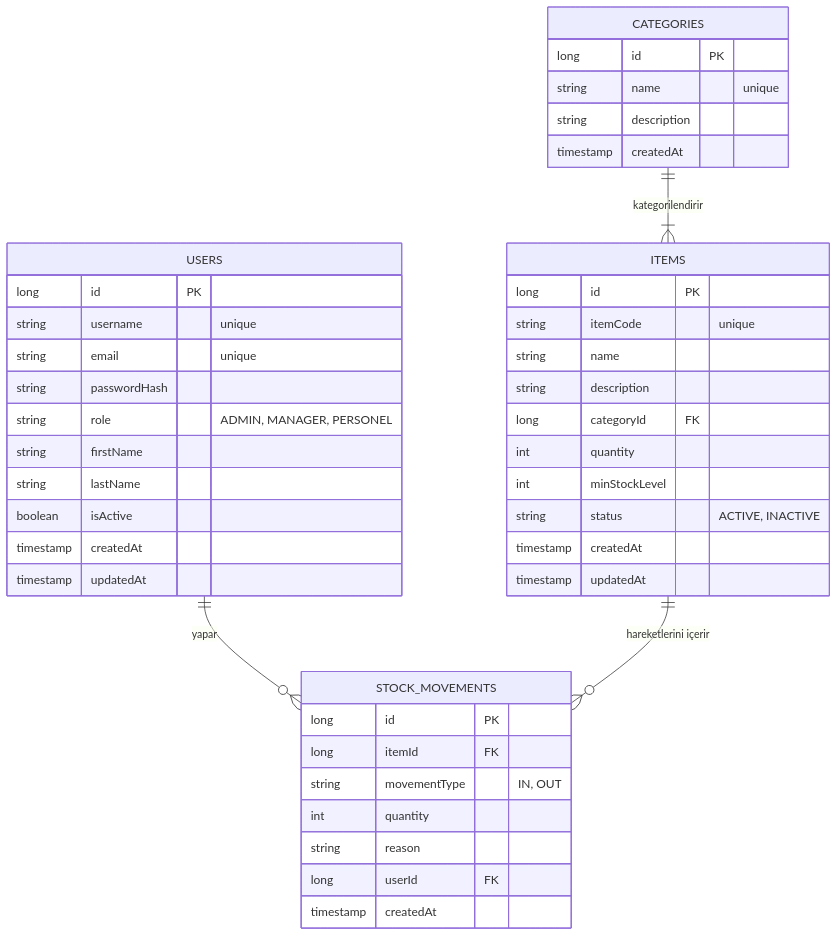
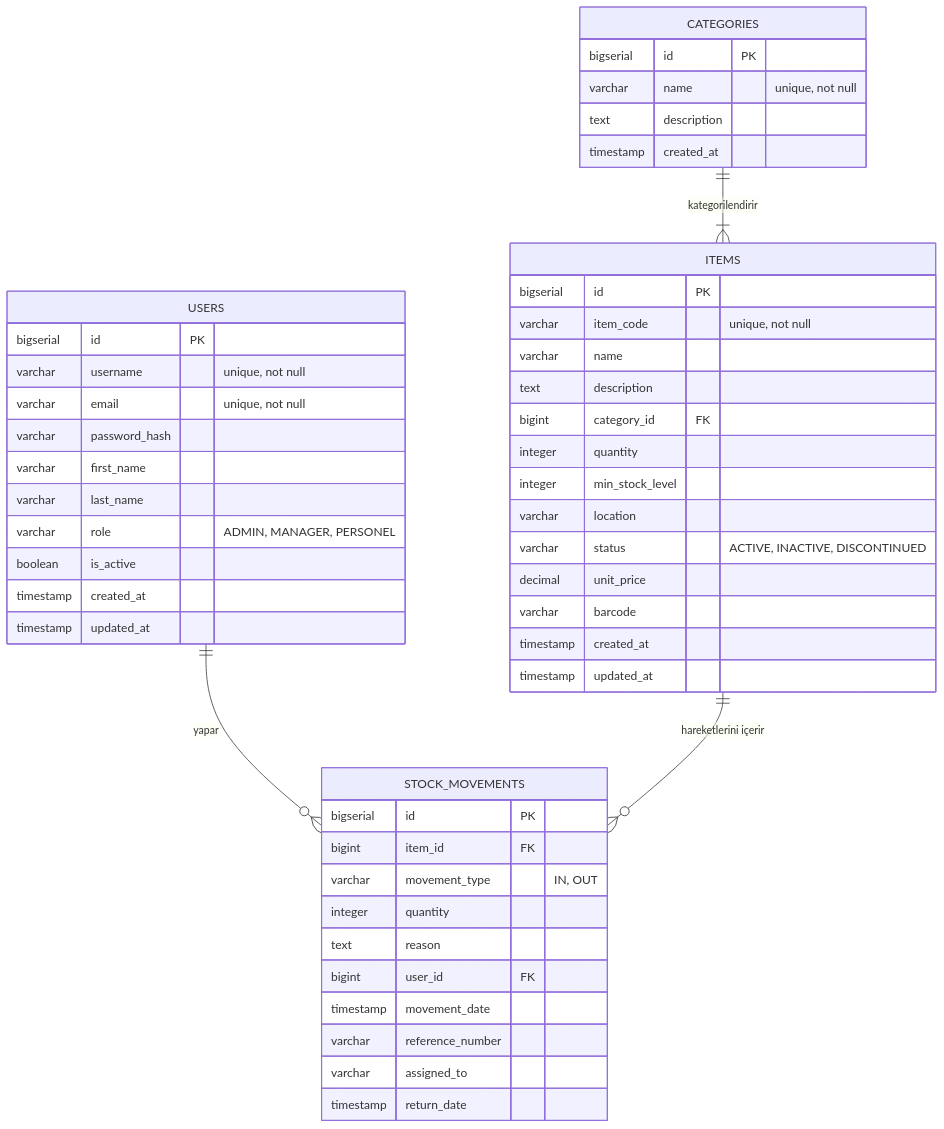
One commit to EfekanDemir/Inventory_System changed the second of 4 diagrams in README.md. Above: the diagram before and after it, drawn with Mermaid. The commit also changed other lines of this file and 2 other files, not shown here.

````diff
--- a/README.md
+++ b/README.md
@@ -106,49 +141,55 @@
 ```mermaid
 erDiagram
     USERS ||--o{ STOCK_MOVEMENTS : "yapar"
     CATEGORIES ||--|{ ITEMS : "kategorilendirir"
     ITEMS ||--o{ STOCK_MOVEMENTS : "hareketlerini içerir"
 
     USERS {
-        long id PK
-        string username "unique"
-        string email "unique"
-        string passwordHash
-        string role "ADMIN, MANAGER, PERSONEL"
-        string firstName
-        string lastName
-        boolean isActive
-        timestamp createdAt
-        timestamp updatedAt
+        bigserial id PK
+        varchar username "unique, not null"
+        varchar email "unique, not null"
+        varchar password_hash
+        varchar first_name
+        varchar last_name
+        varchar role "ADMIN, MANAGER, PERSONEL"
+        boolean is_active
+        timestamp created_at
+        timestamp updated_at
     }
 
     CATEGORIES {
-        long id PK
-        string name "unique"
-        string description
-        timestamp createdAt
+        bigserial id PK
+        varchar name "unique, not null"
+        text description
+        timestamp created_at
     }
 
     ITEMS {
-        long id PK
-        string itemCode "unique"
-        string name
-        string description
-        long categoryId FK
-        int quantity
-        int minStockLevel
-        string status "ACTIVE, INACTIVE"
-        timestamp createdAt
-        timestamp updatedAt
+        bigserial id PK
+        varchar item_code "unique, not null"
+        varchar name
+        text description
+        bigint category_id FK
+        integer quantity
+        integer min_stock_level
+        varchar location
+        varchar status "ACTIVE, INACTIVE, DISCONTINUED"
+        decimal unit_price
+        varchar barcode
+        timestamp created_at
+        timestamp updated_at
     }
 
     STOCK_MOVEMENTS {
-        long id PK
-        long itemId FK
-        string movementType "IN, OUT"
-        int quantity
-        string reason
-        long userId FK
-        timestamp createdAt
+        bigserial id PK
+        bigint item_id FK
+        varchar movement_type "IN, OUT"
+        integer quantity
+        text reason
+        bigint user_id FK
+        timestamp movement_date
+        varchar reference_number
+        varchar assigned_to
+        timestamp return_date
     }
 ```
````
